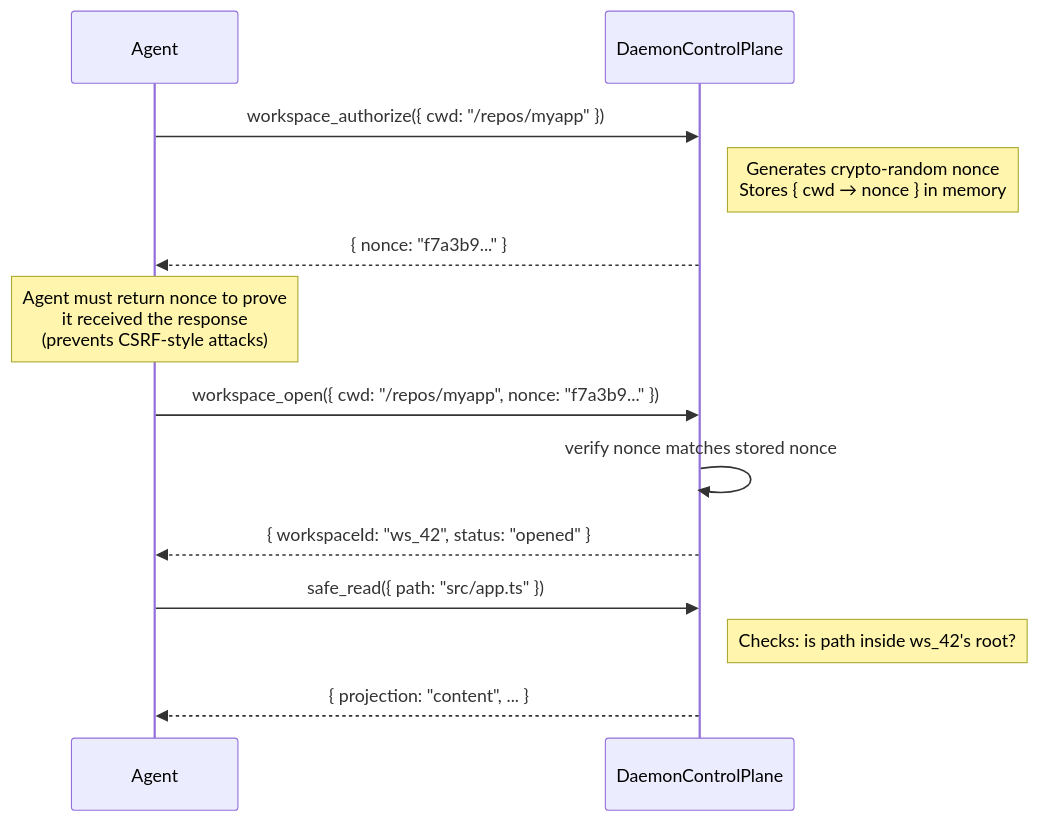
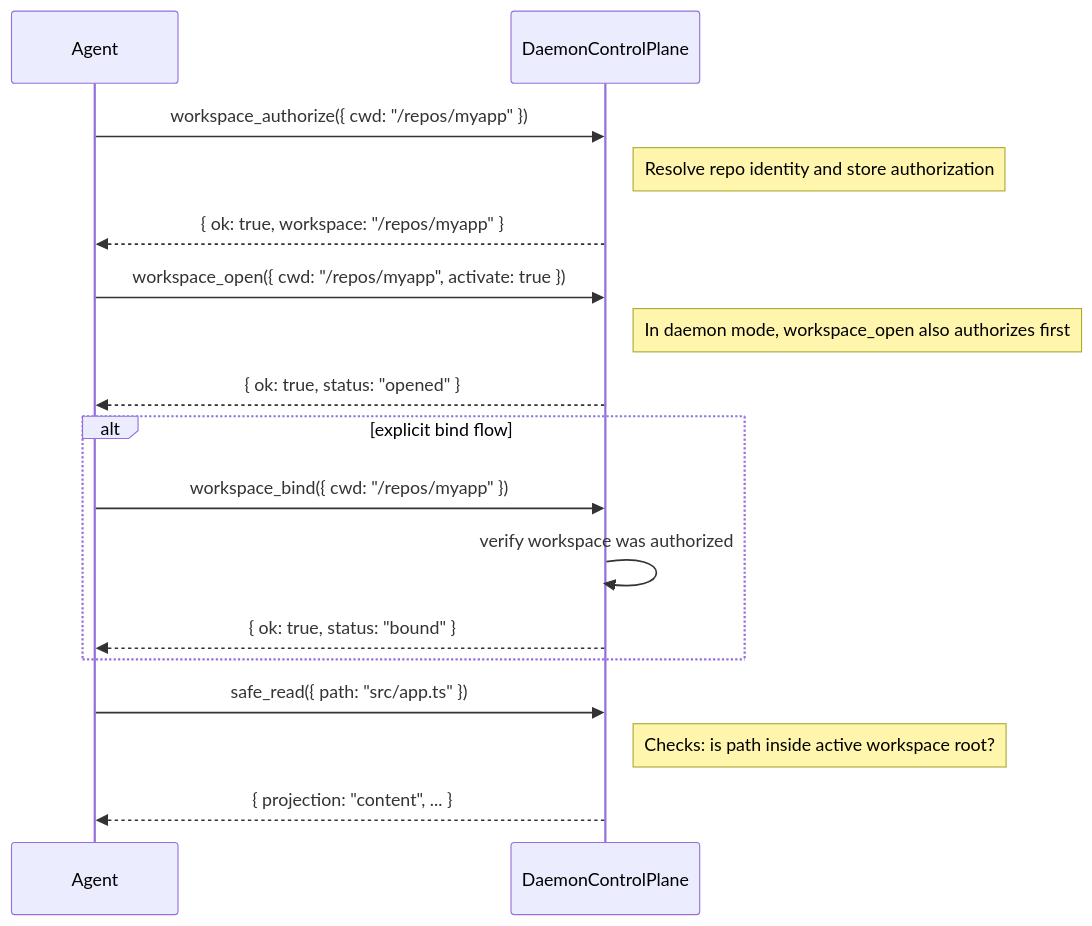
Diagram 29 of 29 in docs/TECHNICAL_TEARDOWN.md (flyingrobots/graft), drawn with Mermaid before and after one commit. The commit also changed other lines of this file and 1 other file, not shown here.

Commit message:
docs: correct public architecture docs

````diff
--- a/docs/TECHNICAL_TEARDOWN.md
+++ b/docs/TECHNICAL_TEARDOWN.md
@@ -1726,19 +1751,23 @@
 ```mermaid
 sequenceDiagram
     participant Agent
     participant CP as DaemonControlPlane
 
     Agent->>CP: workspace_authorize({ cwd: "/repos/myapp" })
-    Note right of CP: Generates crypto-random nonce<br />Stores { cwd → nonce } in memory
-    CP-->>Agent: { nonce: "f7a3b9..." }
+    Note right of CP: Resolve repo identity and store authorization
+    CP-->>Agent: { ok: true, workspace: "/repos/myapp" }
 
-    Note over Agent: Agent must return nonce to prove<br />it received the response<br />(prevents CSRF-style attacks)
+    Agent->>CP: workspace_open({ cwd: "/repos/myapp", activate: true })
+    Note right of CP: In daemon mode, workspace_open also authorizes first
+    CP-->>Agent: { ok: true, status: "opened" }
 
-    Agent->>CP: workspace_open({ cwd: "/repos/myapp", nonce: "f7a3b9..." })
-    CP->>CP: verify nonce matches stored nonce
-    CP-->>Agent: { workspaceId: "ws_42", status: "opened" }
+    alt explicit bind flow
+        Agent->>CP: workspace_bind({ cwd: "/repos/myapp" })
+        CP->>CP: verify workspace was authorized
+        CP-->>Agent: { ok: true, status: "bound" }
+    end
 
     Agent->>CP: safe_read({ path: "src/app.ts" })
-    Note right of CP: Checks: is path inside ws_42's root?
+    Note right of CP: Checks: is path inside active workspace root?
     CP-->>Agent: { projection: "content", ... }
 ```
````
